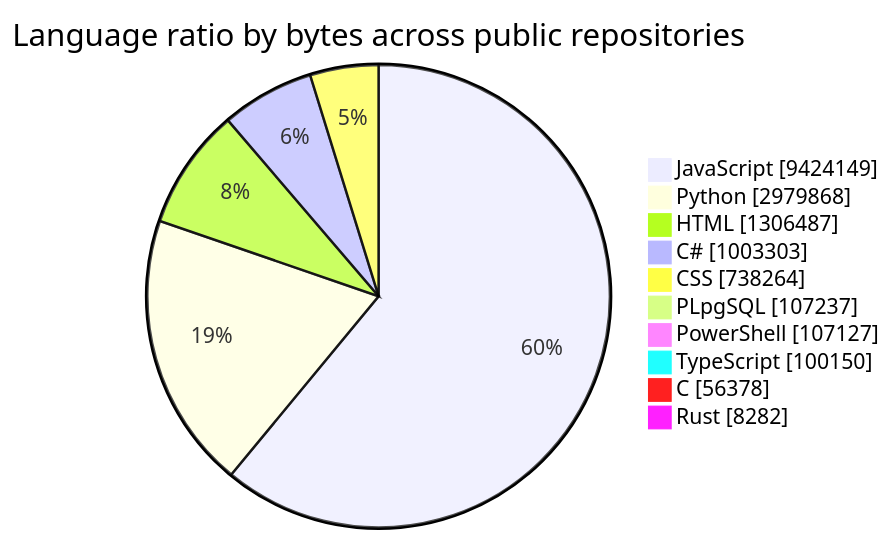
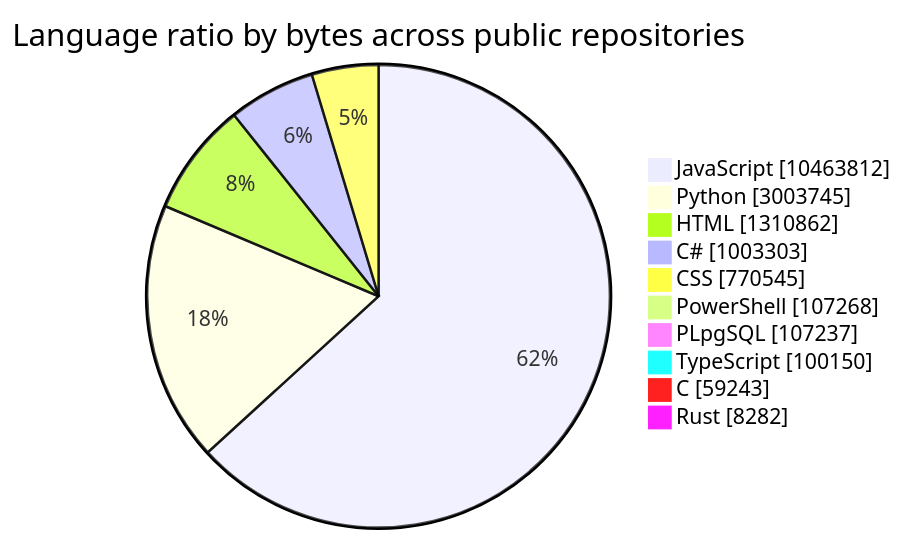
The first of 2 diagrams in README.md (tchinso/tchinso), drawn with Mermaid before and after one commit. The commit also changed other lines of this file, not shown here.

````diff
--- a/README.md
+++ b/README.md
@@ -27,14 +27,14 @@
 ```mermaid
 pie showData
     title Language ratio by bytes across public repositories
-    "JavaScript" : 9424149
-    "Python" : 2979868
-    "HTML" : 1306487
+    "JavaScript" : 10463812
+    "Python" : 3003745
+    "HTML" : 1310862
     "C#" : 1003303
-    "CSS" : 738264
+    "CSS" : 770545
+    "PowerShell" : 107268
     "PLpgSQL" : 107237
-    "PowerShell" : 107127
     "TypeScript" : 100150
-    "C" : 56378
+    "C" : 59243
     "Rust" : 8282
 ```
````
